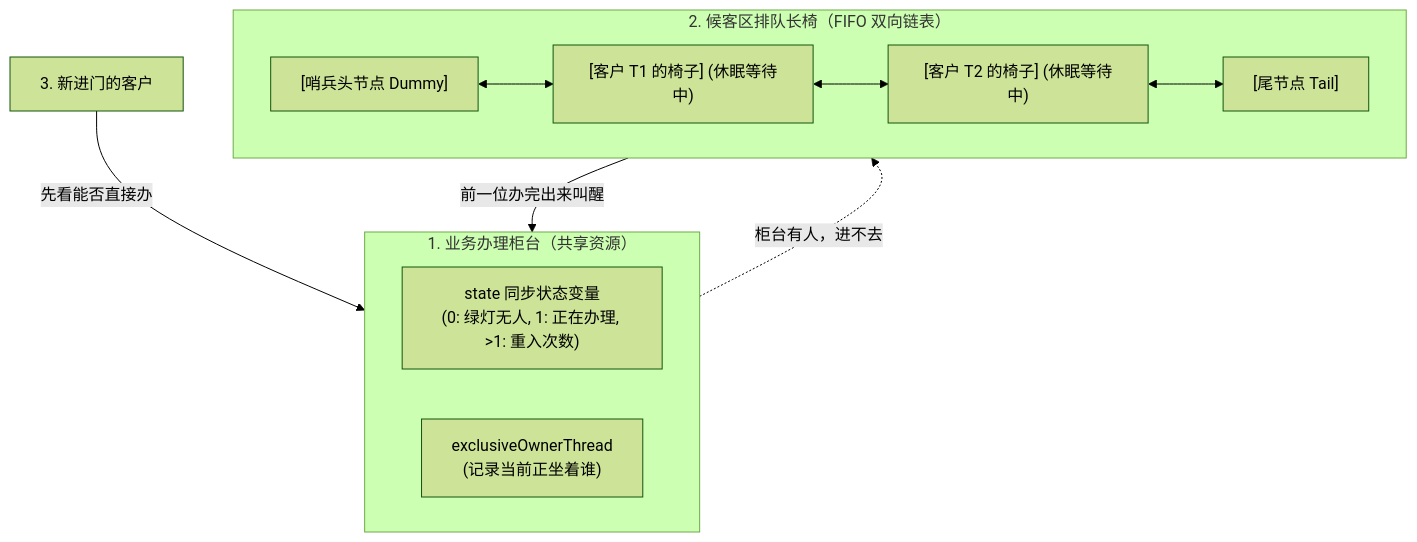
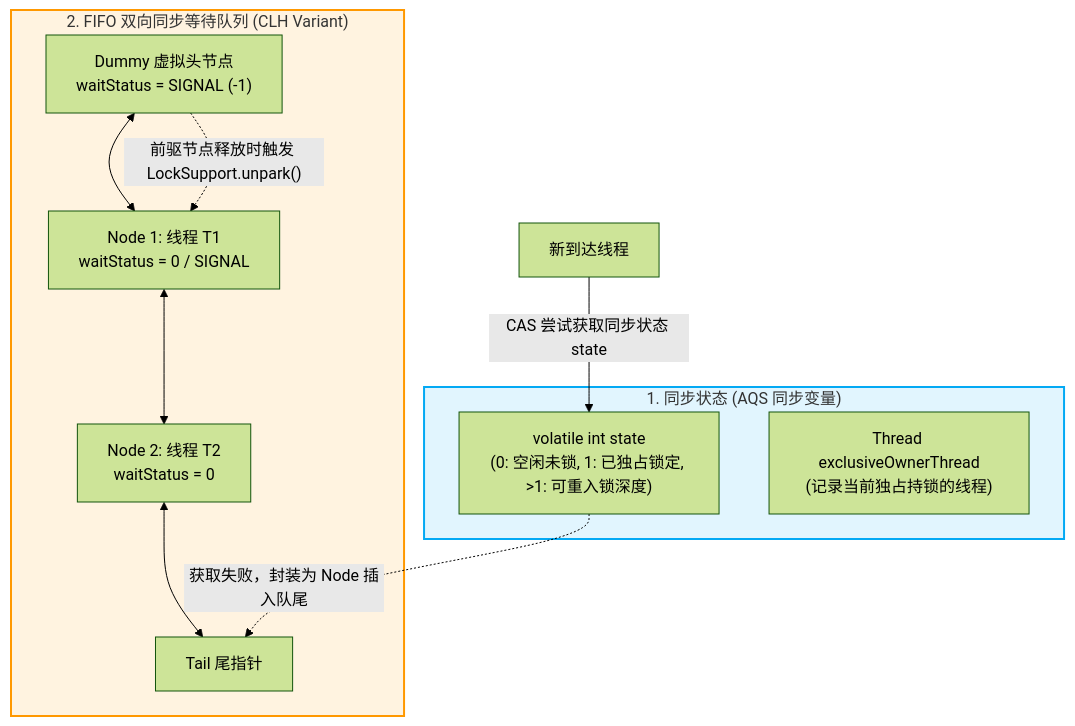
The first of 2 diagrams in 20-Java后端/03-并发编程/05-AQS原理.md (GuoWWWX/knowledge-base), drawn with Mermaid (forest theme) before and after one commit. The commit also changed other lines of this file and 234 other files, not shown here.

````diff
--- a/20-Java后端/03-并发编程/05-AQS原理.md
+++ b/20-Java后端/03-并发编程/05-AQS原理.md
@@ -26,15 +25,24 @@
 ```mermaid
 flowchart TD
-    subgraph Counter["1. 业务办理柜台（共享资源）"]
-        State["state 同步状态变量<br/>(0: 绿灯无人, 1: 正在办理, >1: 重入次数)"]
-        Owner["exclusiveOwnerThread<br/>(记录当前正坐着谁)"]
+    subgraph AQS_State["1. 同步状态 (AQS 同步变量)"]
+        State["volatile int state<br/>(0: 空闲未锁, 1: 已独占锁定, >1: 可重入锁深度)"]
+        Owner["Thread exclusiveOwnerThread<br/>(记录当前独占持锁的线程)"]
     end
 
-    subgraph Chairs["2. 候客区排队长椅（FIFO 双向链表）"]
-        Head["[哨兵头节点 Dummy]"] <--> Node1["[客户 T1 的椅子] (休眠等待中)"] <--> Node2["[客户 T2 的椅子] (休眠等待中)"] <--> Tail["[尾节点 Tail]"]
+    subgraph CLH_Queue["2. FIFO 双向同步等待队列 (CLH Variant)"]
+        Head["Dummy 虚拟头节点<br/>waitStatus = SIGNAL (-1)"]
+        Node1["Node 1: 线程 T1<br/>waitStatus = 0 / SIGNAL"]
+        Node2["Node 2: 线程 T2<br/>waitStatus = 0"]
+        Tail["Tail 尾指针"]
+
+        Head <--> Node1
+        Node1 <--> Node2
+        Node2 <--> Tail
     end
 
-    NewCustomer["3. 新进门的客户"] -->|先看能否直接办| Counter
-    Counter -.->|柜台有人，进不去| Chairs
-    Chairs -->|前一位办完出来叫醒| Counter
+    Client["新到达线程"] -->|"CAS 尝试获取同步状态 state"| State
+    State -.->|"获取失败，封装为 Node 插入队尾"| Tail
+    Head -.->|"前驱节点释放时触发 LockSupport.unpark()"| Node1
+    style AQS_State fill:#e1f5fe,stroke:#03a9f4,stroke-width:2px
+    style CLH_Queue fill:#fff3e0,stroke:#ff9800,stroke-width:2px
 ```
````
